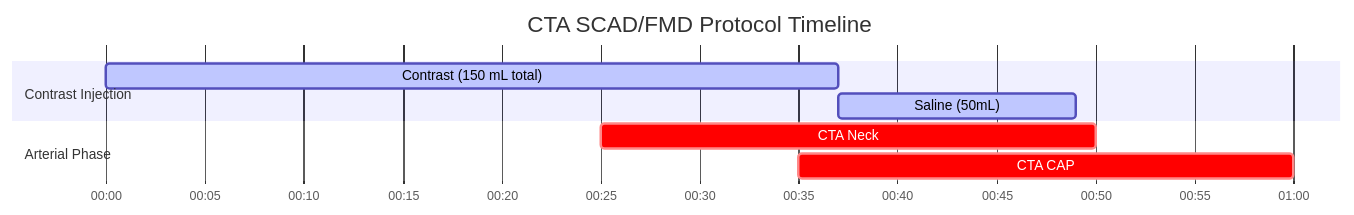
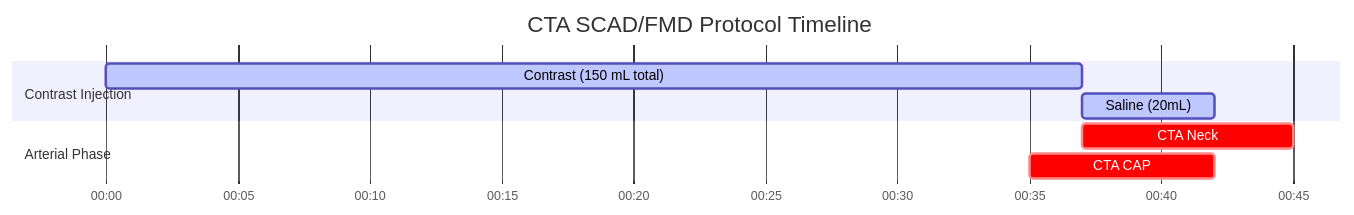
The diagram in docs/ct/vascular/cta-scadfmd-protocol.md (dfergs93/radiology-protocols), drawn with Mermaid before and after one commit. The commit also changed other lines of this file and 113 other files, not shown here.

````diff
--- a/docs/ct/vascular/cta-scadfmd-protocol.md
+++ b/docs/ct/vascular/cta-scadfmd-protocol.md
@@ -85,18 +86,18 @@
   ```mermaid
   ---
   config:
     theme: default
   ---
     gantt
       title CTA SCAD/FMD Protocol Timeline
       dateFormat mm:ss
       axisFormat %M:%S 
       
       section Contrast Injection
       Contrast (150 mL total)    :active, contrast, 00:00, 37s
-      Saline (50mL)          :active, saline, after contrast, 12s
+      Saline (20mL)          :active, saline, after contrast, 5s
       section Arterial Phase
-      CTA Neck    :crit, scan1, 00:25, 25s
+      CTA Neck    :crit, scan1, after contrast, 8s
       section Arterial Phase
-      CTA CAP    :crit, scan2, 00:35, 25s
+      CTA CAP    :crit, scan2, 00:35, 7s
   ```
````
